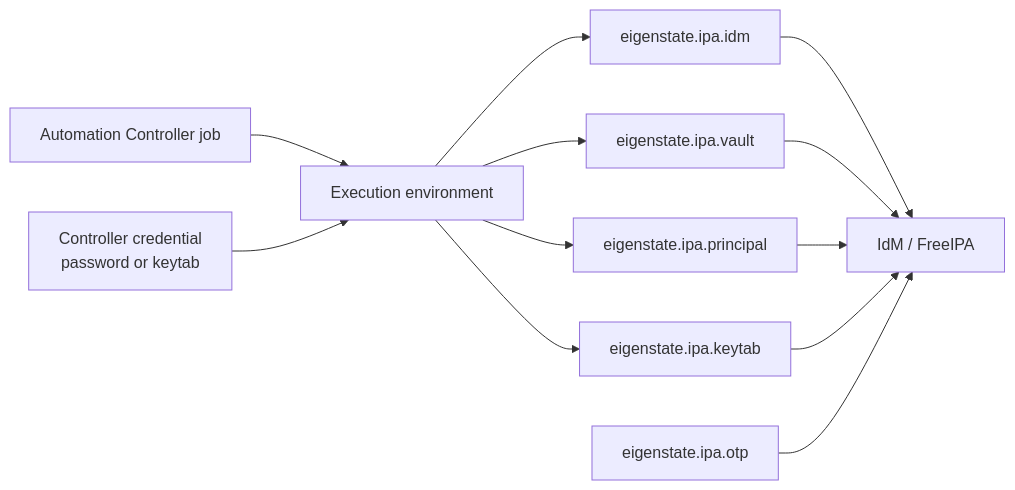
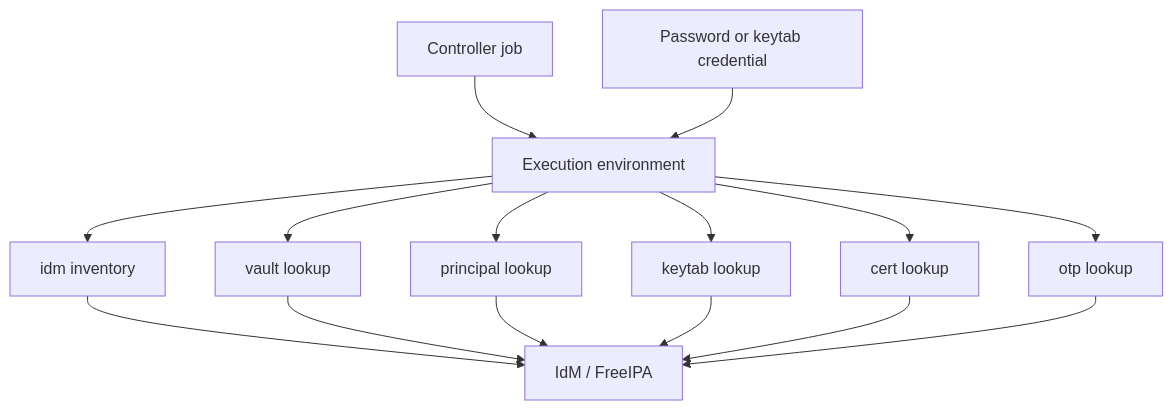
The diagram in docs/aap-integration.md (gprocunier/eigenstate-ipa), drawn with Mermaid before and after one commit. The commit also changed 12 other files, not shown here.

Commit message:
Clean up Mermaid diagrams across docs

````diff
--- a/docs/aap-integration.md
+++ b/docs/aap-integration.md
@@ -43,24 +43,28 @@
 ```mermaid
-flowchart LR
-    ctrl["Automation Controller job"]
+flowchart TD
+    ctrl["Controller job"]
+    cred["Password or keytab credential"]
     ee["Execution environment"]
-    cred["Controller credential\npassword or keytab"]
-    inv["eigenstate.ipa.idm"]
-    vault["eigenstate.ipa.vault"]
-    principal["eigenstate.ipa.principal"]
-    keytab["eigenstate.ipa.keytab"]
-    otp["eigenstate.ipa.otp"]
+    inv["idm inventory"]
+    vault["vault lookup"]
+    principal["principal lookup"]
+    keytab["keytab lookup"]
+    cert["cert lookup"]
+    otp["otp lookup"]
     idm["IdM / FreeIPA"]
 
     ctrl --> ee
     cred --> ee
     ee --> inv
     ee --> vault
     ee --> principal
     ee --> keytab
+    ee --> cert
+    ee --> otp
     inv --> idm
     vault --> idm
     principal --> idm
     keytab --> idm
+    cert --> idm
     otp --> idm
 ```
````
